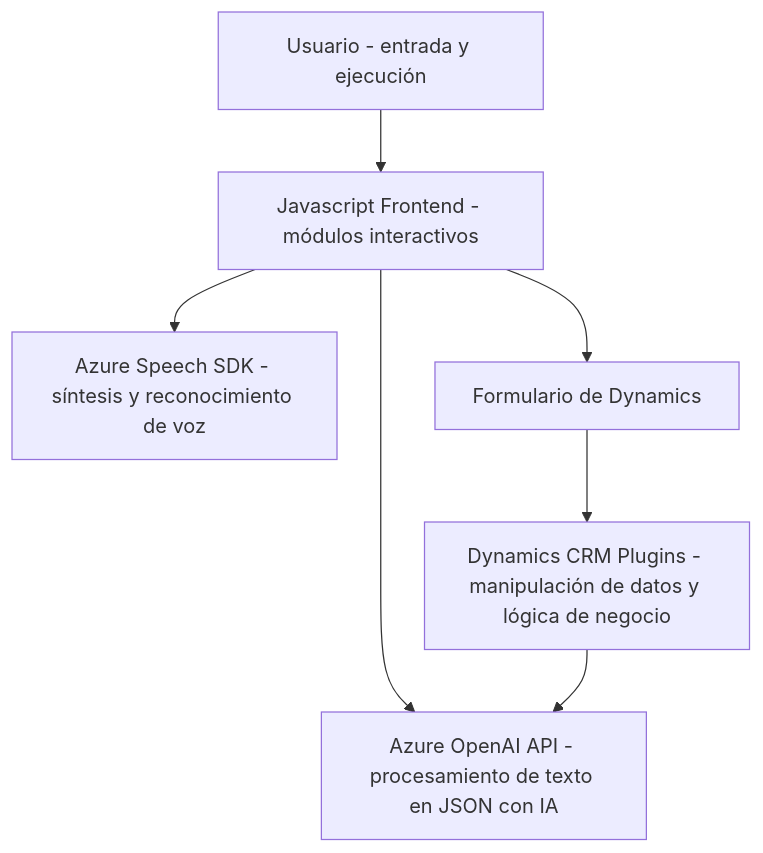
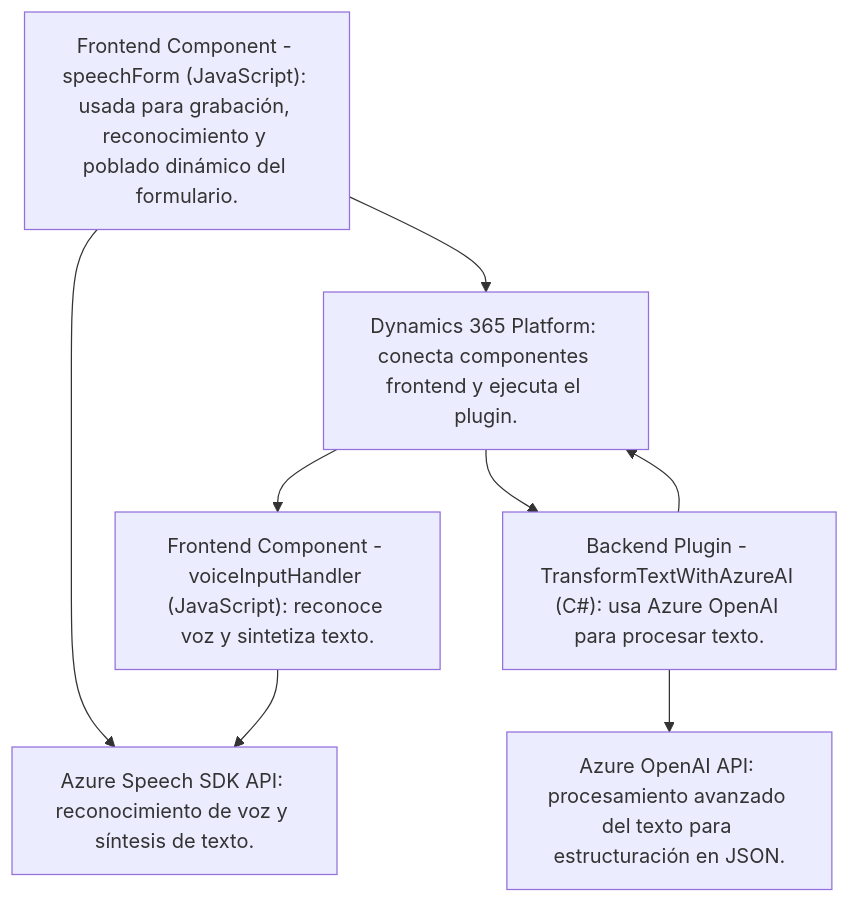
Before and after one commit to blopezdm/NETCORE_BILBAO2025: the diagram in README.md, drawn with Mermaid. The commit also changed other lines of this file, not shown here.

Commit message:
Actualizar análisis global de la solución con IA

````diff
--- a/README.md
+++ b/README.md
@@ -53,16 +62,17 @@
 ```mermaid
 graph TD
-    A["Azure Speech SDK - síntesis y reconocimiento de voz"]
-    B["Azure OpenAI API - procesamiento de texto en JSON con IA"]
-    C["Dynamics CRM Plugins - manipulación de datos y lógica de negocio"]
-    D["Javascript Frontend - módulos interactivos"]
-    E["Formulario de Dynamics"]
-    F["Usuario - entrada y ejecución"]
+    A["Frontend Component - voiceInputHandler (JavaScript): reconoce voz y sintetiza texto."]
+    B["Frontend Component - speechForm (JavaScript): usada para grabación, reconocimiento y poblado dinámico del formulario."]
+    C["Backend Plugin - TransformTextWithAzureAI (C#): usa Azure OpenAI para procesar texto."]
+    D["Azure Speech SDK API: reconocimiento de voz y síntesis de texto."]
+    E["Azure OpenAI API: procesamiento avanzado del texto para estructuración en JSON."]
+    F["Dynamics 365 Platform: conecta componentes frontend y ejecuta el plugin."]
     
-    F --> D
-    D --> E
-    D --> A
-    D --> B
-    E --> C
-    C --> B
+    A --> D
+    B --> D
+    B --> F
+    C --> F
+    C --> E
+    F --> A
+    F --> C
 ```
````
